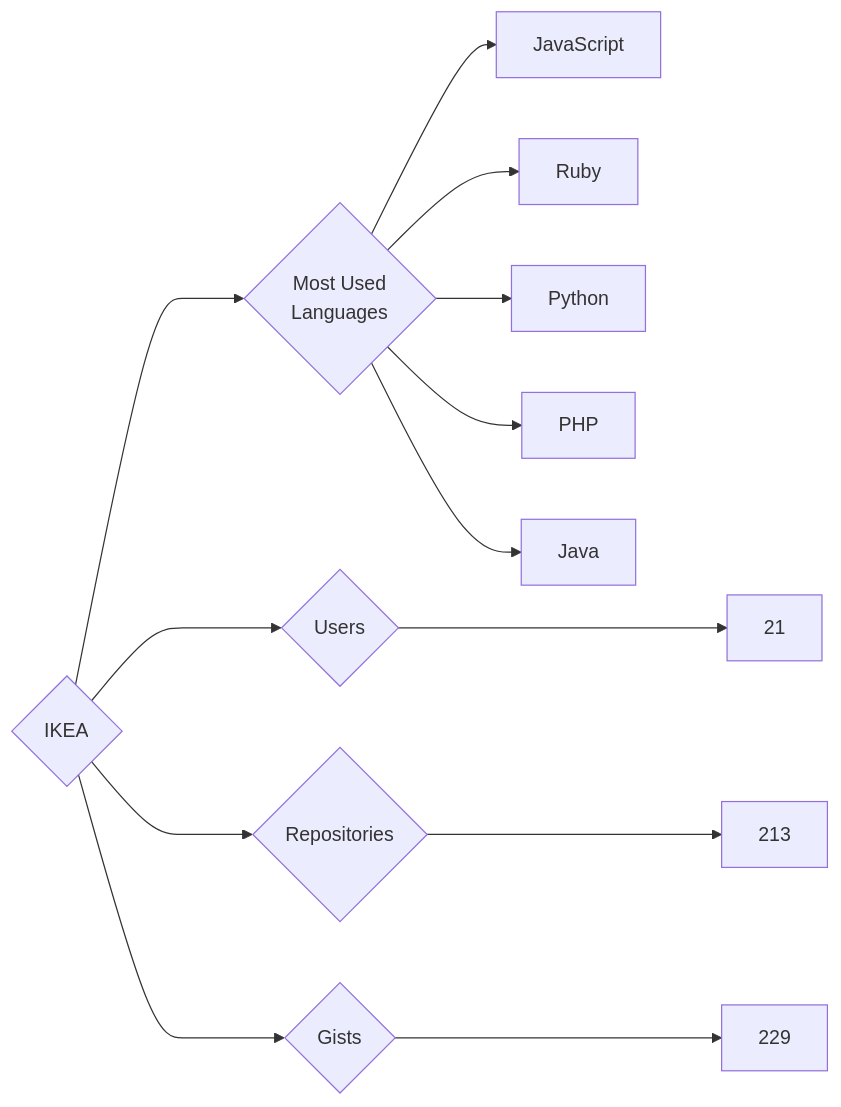
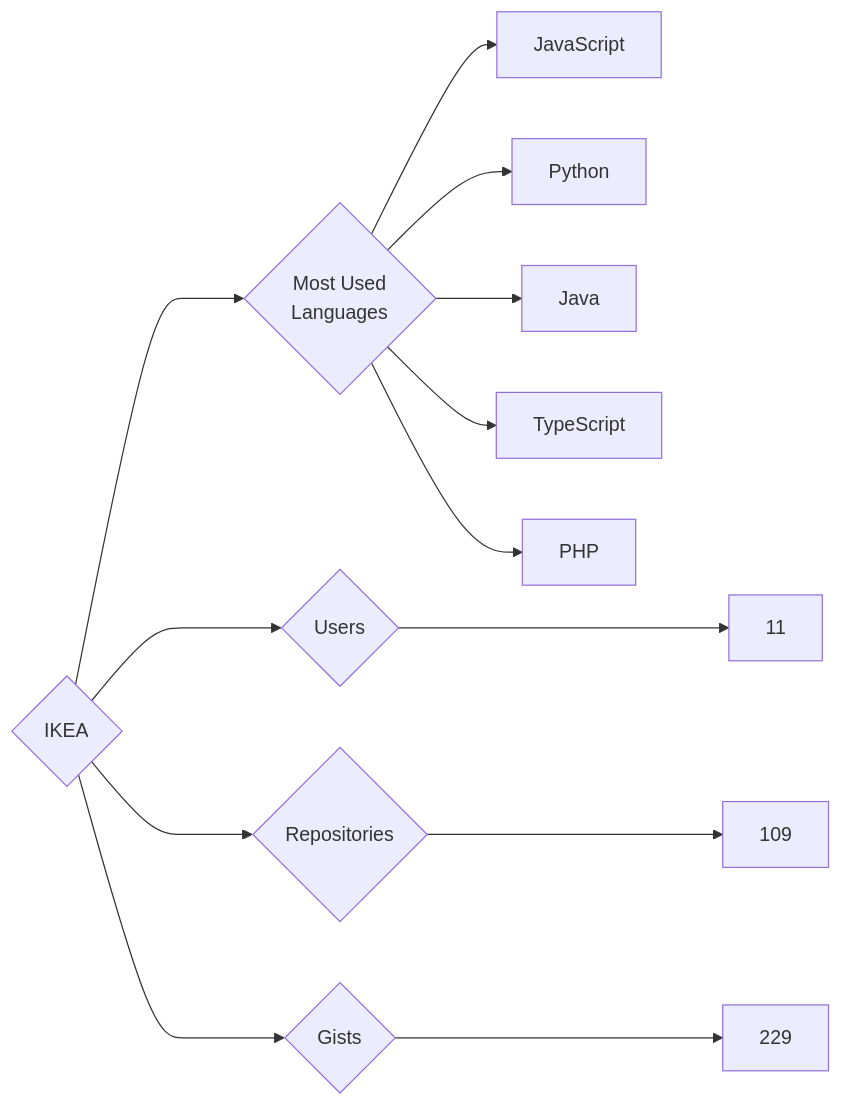
Before and after one commit to trickest/insiders: the diagram in targets/IKEA/README.md, drawn with Mermaid. The commit also changed 682 other files, not shown here.

````diff
--- a/targets/IKEA/README.md
+++ b/targets/IKEA/README.md
@@ -3,13 +3,13 @@
 ```mermaid
 graph LR
 COMPANY_NAME{IKEA}
-COMPANY_NAME ---> U{Users} ---> UN[21]
-COMPANY_NAME ---> R{Repositories} ---> RN[213]
+COMPANY_NAME ---> U{Users} ---> UN[11]
+COMPANY_NAME ---> R{Repositories} ---> RN[109]
 COMPANY_NAME ---> G{Gists} ---> GN[229]
 COMPANY_NAME ---> ML{Most Used<br>Languages}
 ML --> JavaScript[JavaScript]
-ML --> Ruby[Ruby]
 ML --> Python[Python]
+ML --> Java[Java]
+ML --> TypeScript[TypeScript]
 ML --> PHP[PHP]
-ML --> Java[Java]
 ```
````
